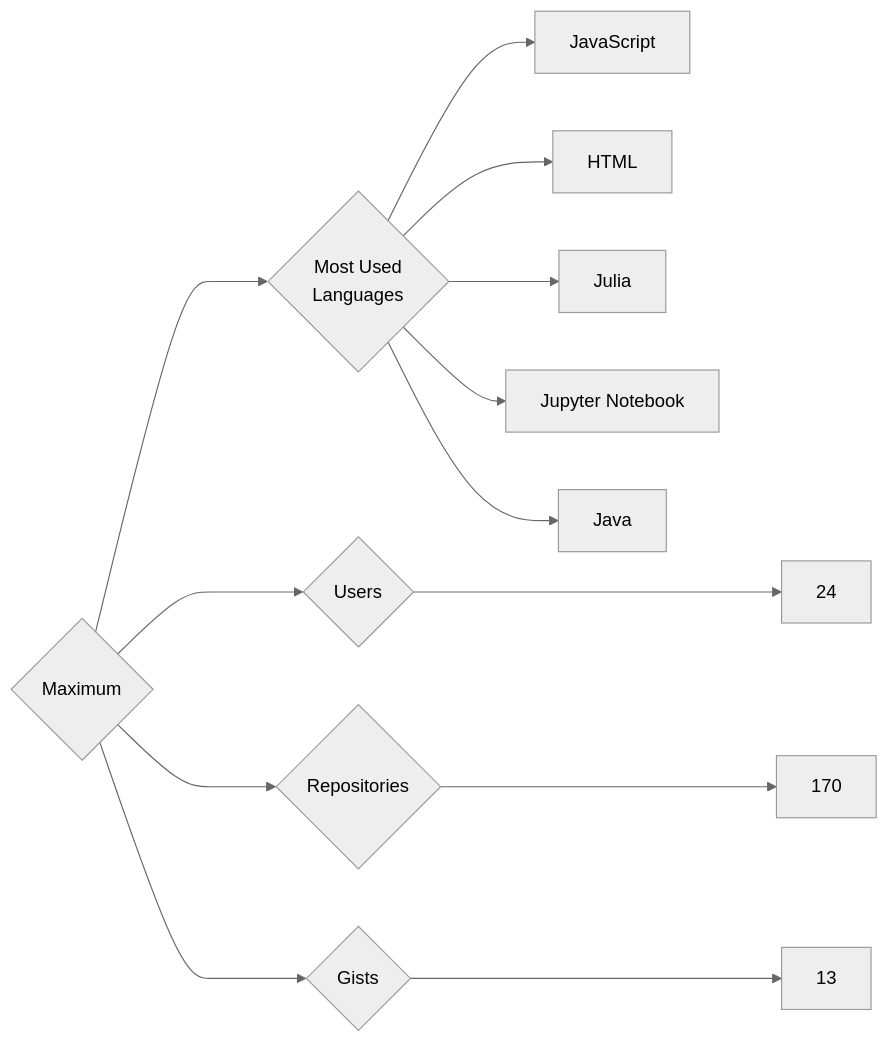
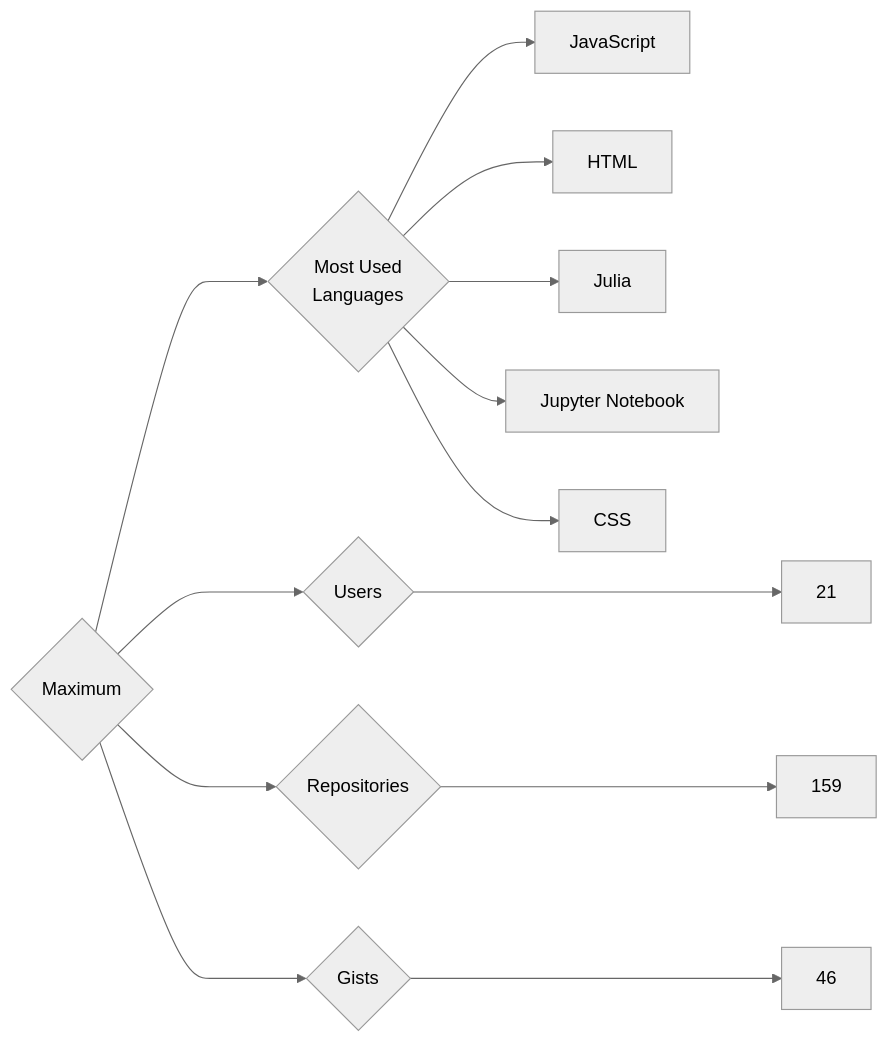
One commit to trickest/insiders changed the diagram in targets/Maximum/README.md. Above: the diagram before and after it, drawn with Mermaid (neutral theme). The commit also changed 677 other files, not shown here.

````diff
--- a/targets/Maximum/README.md
+++ b/targets/Maximum/README.md
@@ -3,13 +3,13 @@
 ```mermaid
 graph LR
 COMPANY_NAME{Maximum}
-COMPANY_NAME ---> U{Users} ---> UN[24]
-COMPANY_NAME ---> R{Repositories} ---> RN[170]
-COMPANY_NAME ---> G{Gists} ---> GN[13]
+COMPANY_NAME ---> U{Users} ---> UN[21]
+COMPANY_NAME ---> R{Repositories} ---> RN[159]
+COMPANY_NAME ---> G{Gists} ---> GN[46]
 COMPANY_NAME ---> ML{Most Used<br>Languages}
 ML --> JavaScript[JavaScript]
 ML --> HTML[HTML]
 ML --> Julia[Julia]
 ML --> Jupyter_Notebook[Jupyter Notebook]
-ML --> Java[Java]
+ML --> CSS[CSS]
 ```
````
